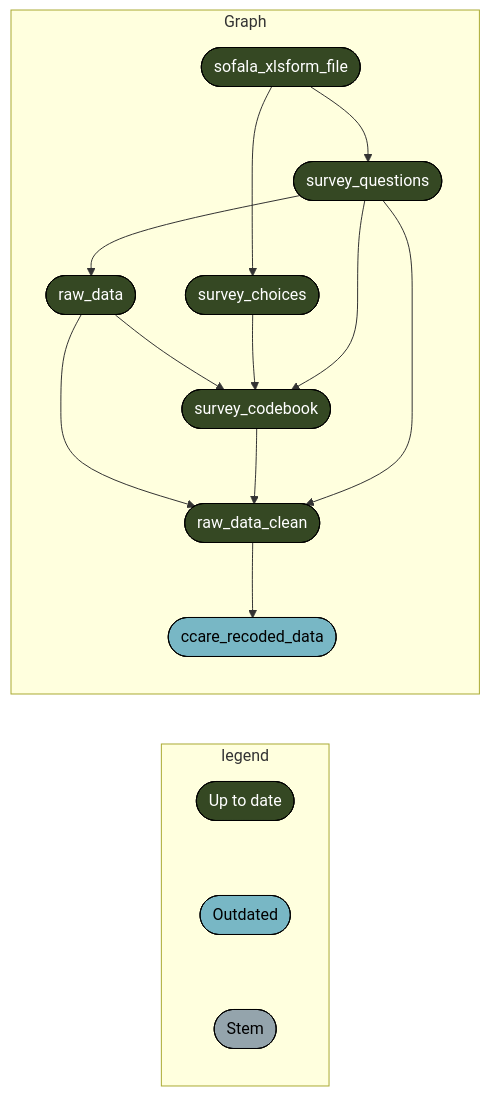
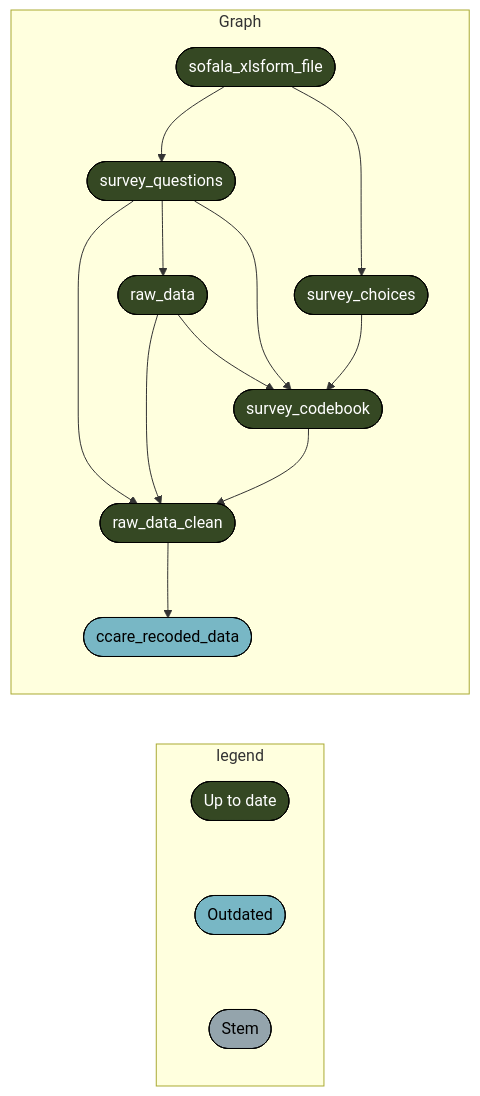
Before and after one commit to katilingban/mozambique-s3m: the fourth of 8 diagrams in README.md, drawn with Mermaid. The commit also changed other lines of this file and 3 other files, not shown here.

````diff
--- a/README.md
+++ b/README.md
@@ -125,24 +125,24 @@
 ``` mermaid
 graph LR
   subgraph legend
     x7420bd9270f8d27d([""Up to date""]):::uptodate --- x0a52b03877696646([""Outdated""]):::outdated
     x0a52b03877696646([""Outdated""]):::outdated --- xbf4603d6c2c2ad6b([""Stem""]):::none
   end
   subgraph Graph
+    x09e58614f2343db8(["raw_data_clean"]):::uptodate --> x3c8b244f6e4168fe(["ccare_recoded_data"]):::outdated
+    x136e4e85e6851637(["raw_data"]):::uptodate --> x09e58614f2343db8(["raw_data_clean"]):::uptodate
+    xfcfc1959dbba8ed3(["survey_codebook"]):::uptodate --> x09e58614f2343db8(["raw_data_clean"]):::uptodate
+    x0c65864d89dfd824(["survey_questions"]):::uptodate --> x09e58614f2343db8(["raw_data_clean"]):::uptodate
+    x0c65864d89dfd824(["survey_questions"]):::uptodate --> x136e4e85e6851637(["raw_data"]):::uptodate
     x52eeb21c389d52d8(["sofala_xlsform_file"]):::uptodate --> x0c65864d89dfd824(["survey_questions"]):::uptodate
-    x09e58614f2343db8(["raw_data_clean"]):::uptodate --> x3c8b244f6e4168fe(["ccare_recoded_data"]):::outdated
     x136e4e85e6851637(["raw_data"]):::uptodate --> xfcfc1959dbba8ed3(["survey_codebook"]):::uptodate
     x5aed27afbde18e19(["survey_choices"]):::uptodate --> xfcfc1959dbba8ed3(["survey_codebook"]):::uptodate
     x0c65864d89dfd824(["survey_questions"]):::uptodate --> xfcfc1959dbba8ed3(["survey_codebook"]):::uptodate
-    x136e4e85e6851637(["raw_data"]):::uptodate --> x09e58614f2343db8(["raw_data_clean"]):::uptodate
-    xfcfc1959dbba8ed3(["survey_codebook"]):::uptodate --> x09e58614f2343db8(["raw_data_clean"]):::uptodate
-    x0c65864d89dfd824(["survey_questions"]):::uptodate --> x09e58614f2343db8(["raw_data_clean"]):::uptodate
     x52eeb21c389d52d8(["sofala_xlsform_file"]):::uptodate --> x5aed27afbde18e19(["survey_choices"]):::uptodate
-    x0c65864d89dfd824(["survey_questions"]):::uptodate --> x136e4e85e6851637(["raw_data"]):::uptodate
   end
   classDef uptodate stroke:#000000,color:#ffffff,fill:#354823;
   classDef outdated stroke:#000000,color:#000000,fill:#78B7C5;
   classDef none stroke:#000000,color:#000000,fill:#94a4ac;
   linkStyle 0 stroke-width:0px;
   linkStyle 1 stroke-width:0px;
 ```
````
